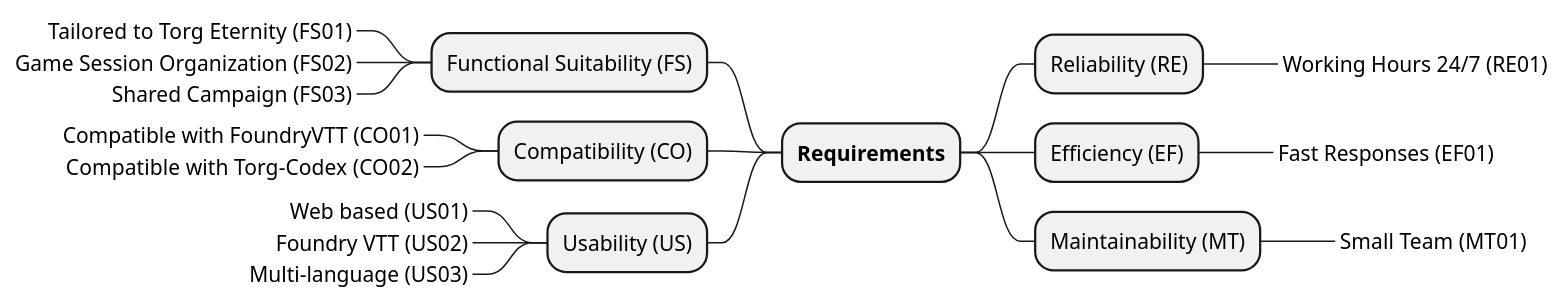
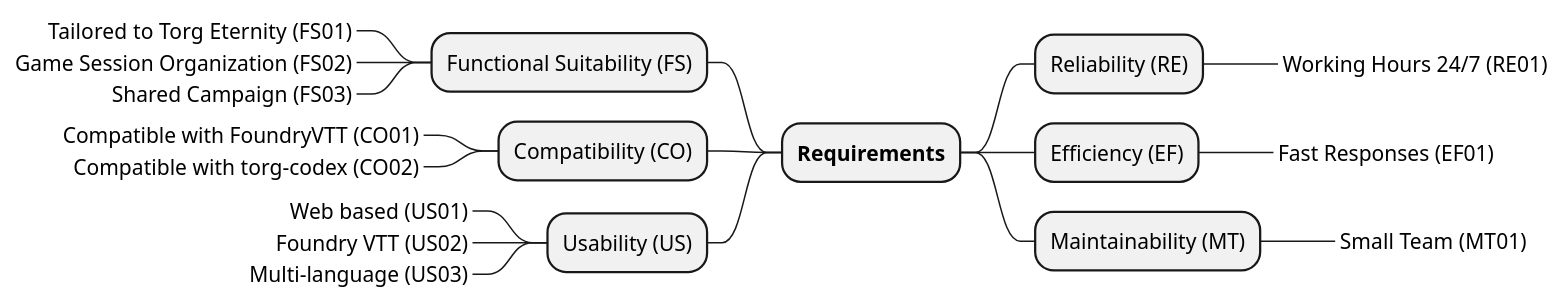
Before and after one commit to Paladins-Inn/torganized-play-architecture: the diagram in src/main/docs/src/10_quality_requirements.adoc, drawn with PlantUML. The commit also changed other lines of this file and 13 other files, not shown here.

Commit message:
Lots of new diagrams for documenting the context of DCIS.

```diff
--- a/src/main/docs/src/10_quality_requirements.adoc
+++ b/src/main/docs/src/10_quality_requirements.adoc
@@ -40,24 +40,24 @@
 [plantuml,quality-tree,svg]
 ....
 @startmindmap
 + **Requirements**
 -- Functional Suitability (FS)
 ---_ Tailored to Torg Eternity (FS01)
 ---_ Game Session Organization (FS02)
 ---_ Shared Campaign (FS03)
 -- Compatibility (CO)
 ---_ Compatible with FoundryVTT (CO01)
----_ Compatible with Torg-Codex (CO02)
+---_ Compatible with torg-codex (CO02)
 -- Usability (US)
 ---_ Web based (US01)
 ---_ Foundry VTT (US02)
 ---_ Multi-language (US03)
 
 ++ Reliability (RE)
 +++_ Working Hours 24/7 (RE01)
 ++ Efficiency (EF)
 +++_ Fast Responses (EF01)
 ++ Maintainability (MT)
 +++_ Small Team (MT01)
 @endmindmap
 ....
```
